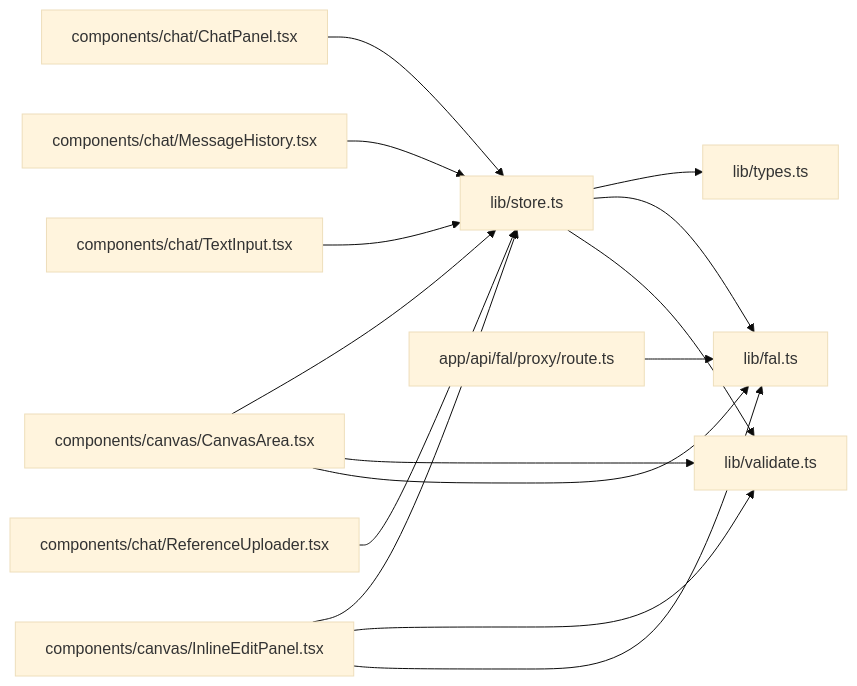
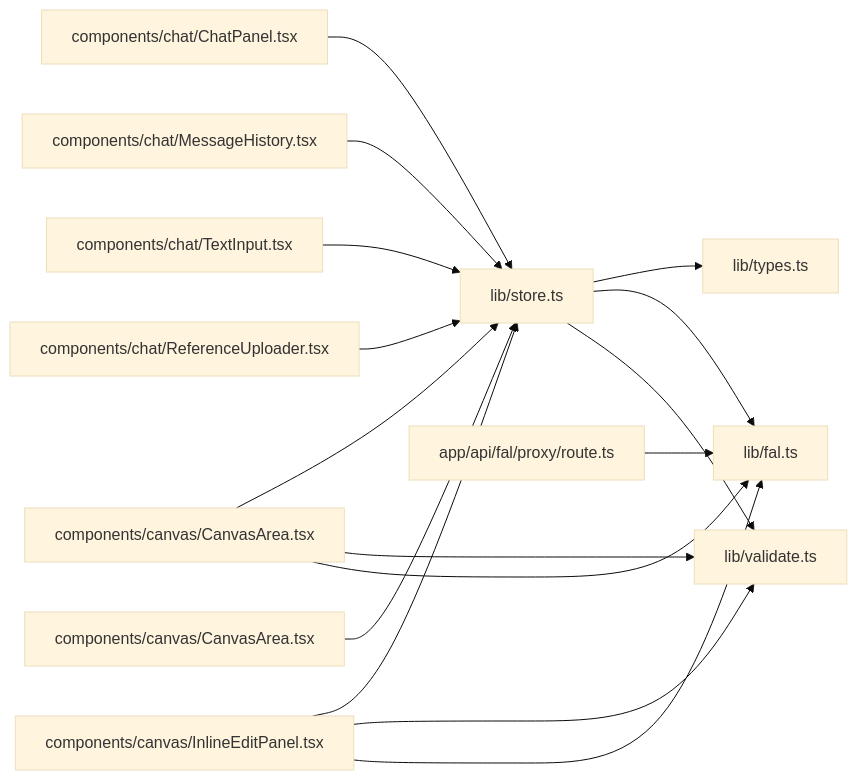
One commit to billye220670/BananaFlow2 changed diagram 17 of 19 in .qoder/repowiki/zh/content/状态管理系统.md. Above: the diagram before and after it, drawn with Mermaid (base theme). The commit also changed other lines of this file and 10 other files, not shown here.

````diff
--- a/.qoder/repowiki/zh/content/状态管理系统.md
+++ b/.qoder/repowiki/zh/content/状态管理系统.md
@@ -460,17 +595,18 @@
 ```mermaid
 graph LR
 Store[lib/store.ts] --> Types[lib/types.ts]
 Store --> FAL[lib/fal.ts]
 Store --> Validate[lib/validate.ts]
 Canvas[components/canvas/CanvasArea.tsx] --> Store
 Canvas --> Validate
 Canvas --> FAL
 InlineEdit[components/canvas/InlineEditPanel.tsx] --> Store
 InlineEdit --> Validate
 InlineEdit --> FAL
 ChatPanel[components/chat/ChatPanel.tsx] --> Store
 MessageHistory[components/chat/MessageHistory.tsx] --> Store
 TextInput[components/chat/TextInput.tsx] --> Store
 ReferenceUploader[components/chat/ReferenceUploader.tsx] --> Store
+MarkerOverlay[components/canvas/CanvasArea.tsx] --> Store
 Proxy[app/api/fal/proxy/route.ts] --> FAL
 ```
````
